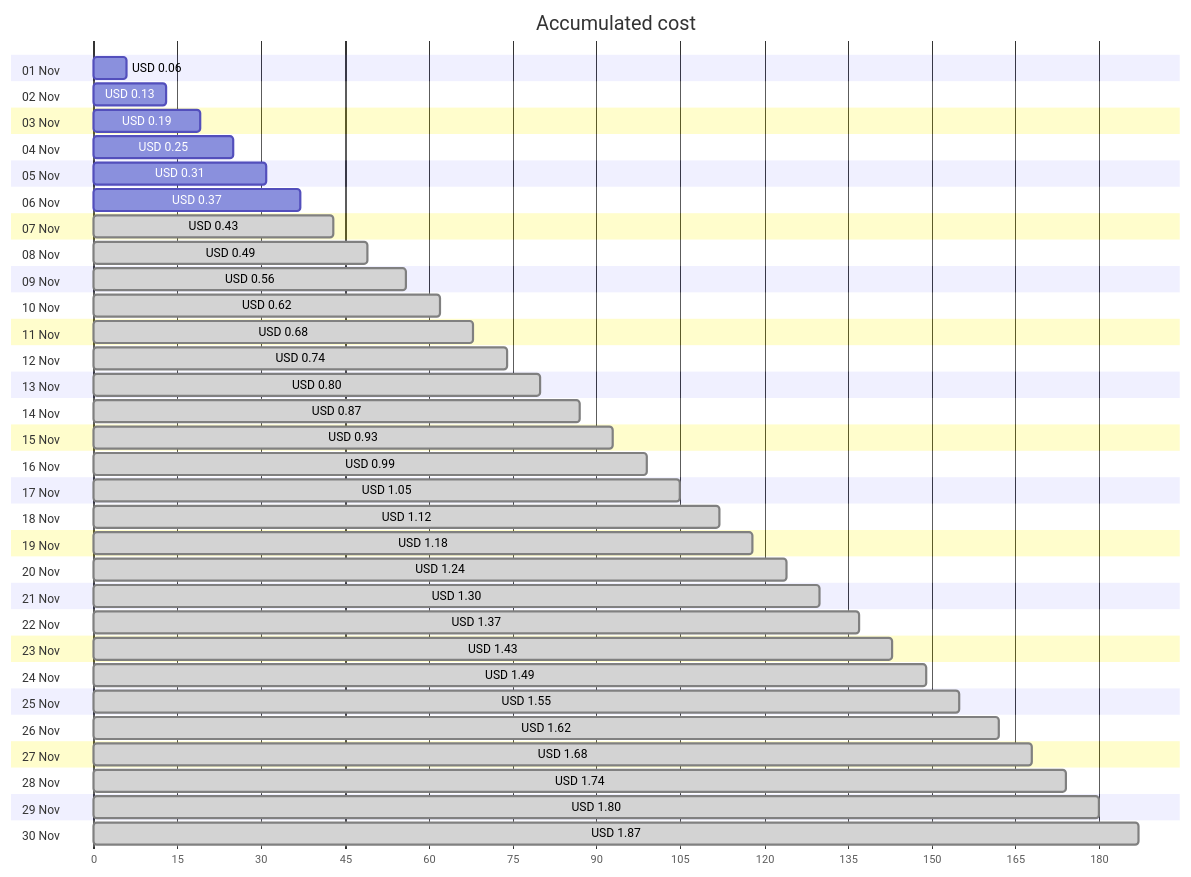
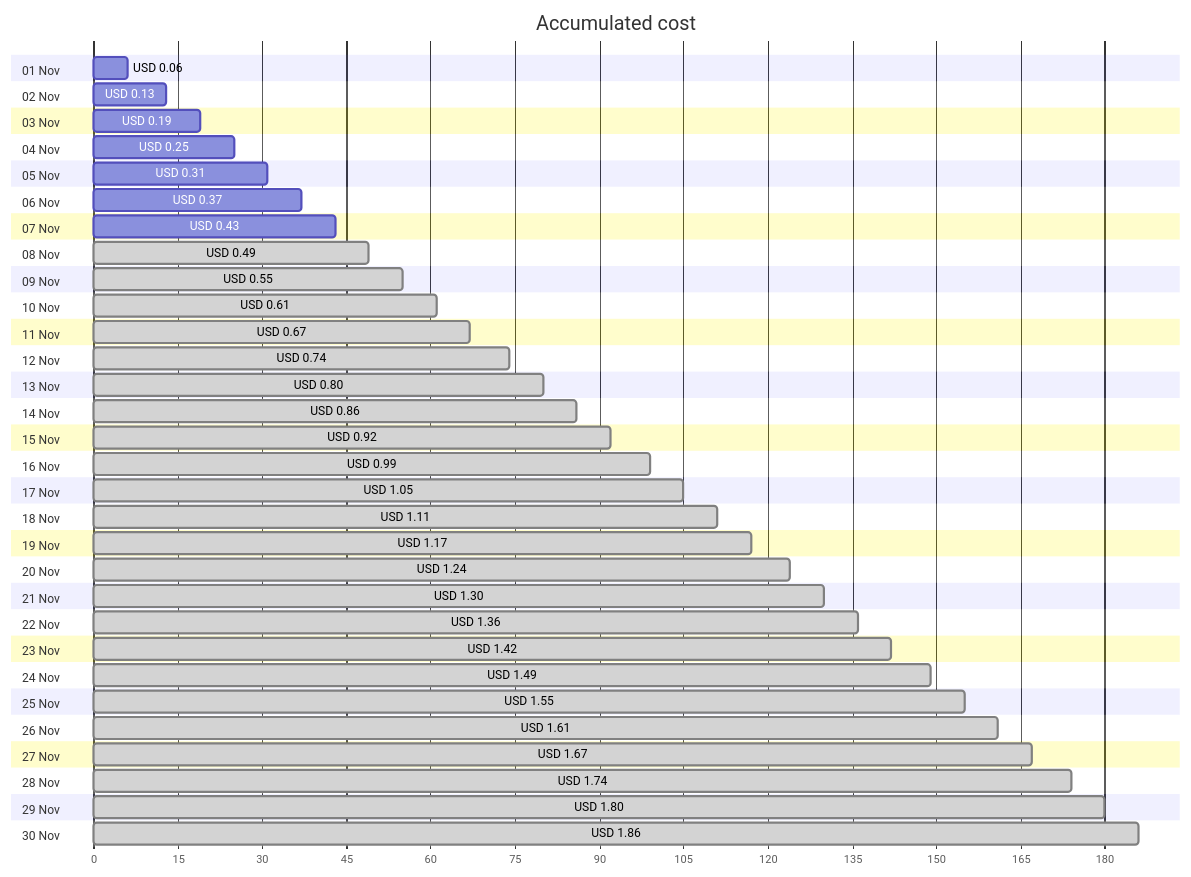
Before and after one commit to jpfulton/azure-personal-reports: the first of 4 diagrams in cost-reports/personal-network/backup-server_OsDisk.md, drawn with Mermaid. The commit also changed other lines of this file and 8 other files, not shown here.

````diff
--- a/cost-reports/personal-network/backup-server_OsDisk.md
+++ b/cost-reports/personal-network/backup-server_OsDisk.md
@@ -20,66 +20,66 @@
 ```mermaid
 gantt
    title Accumulated cost
    dateFormat  X
    axisFormat %s
    section 01 Nov
    USD 0.06 :0, 6
    section 02 Nov
    USD 0.13 :0, 13
    section 03 Nov
    USD 0.19 :0, 19
    section 04 Nov
    USD 0.25 :0, 25
    section 05 Nov
    USD 0.31 :0, 31
    section 06 Nov
    USD 0.37 :0, 37
    section 07 Nov
-   USD 0.43 : done, 0, 43
+   USD 0.43 :0, 43
    section 08 Nov
    USD 0.49 : done, 0, 49
    section 09 Nov
-   USD 0.56 : done, 0, 56
+   USD 0.55 : done, 0, 55
    section 10 Nov
-   USD 0.62 : done, 0, 62
+   USD 0.61 : done, 0, 61
    section 11 Nov
-   USD 0.68 : done, 0, 68
+   USD 0.67 : done, 0, 67
    section 12 Nov
    USD 0.74 : done, 0, 74
    section 13 Nov
    USD 0.80 : done, 0, 80
    section 14 Nov
-   USD 0.87 : done, 0, 87
+   USD 0.86 : done, 0, 86
    section 15 Nov
-   USD 0.93 : done, 0, 93
+   USD 0.92 : done, 0, 92
    section 16 Nov
    USD 0.99 : done, 0, 99
    section 17 Nov
    USD 1.05 : done, 0, 105
    section 18 Nov
-   USD 1.12 : done, 0, 112
+   USD 1.11 : done, 0, 111
    section 19 Nov
-   USD 1.18 : done, 0, 118
+   USD 1.17 : done, 0, 117
    section 20 Nov
    USD 1.24 : done, 0, 124
    section 21 Nov
    USD 1.30 : done, 0, 130
    section 22 Nov
-   USD 1.37 : done, 0, 137
+   USD 1.36 : done, 0, 136
    section 23 Nov
-   USD 1.43 : done, 0, 143
+   USD 1.42 : done, 0, 142
    section 24 Nov
    USD 1.49 : done, 0, 149
    section 25 Nov
    USD 1.55 : done, 0, 155
    section 26 Nov
-   USD 1.62 : done, 0, 162
+   USD 1.61 : done, 0, 161
    section 27 Nov
-   USD 1.68 : done, 0, 168
+   USD 1.67 : done, 0, 167
    section 28 Nov
    USD 1.74 : done, 0, 174
    section 29 Nov
    USD 1.80 : done, 0, 180
    section 30 Nov
-   USD 1.87 : done, 0, 187
+   USD 1.86 : done, 0, 186
 ```
````
